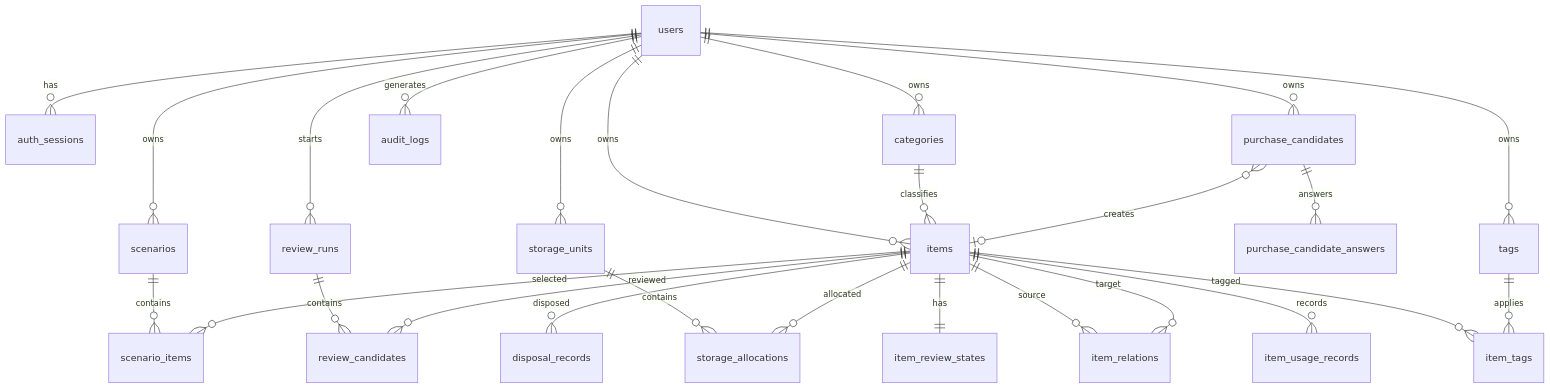
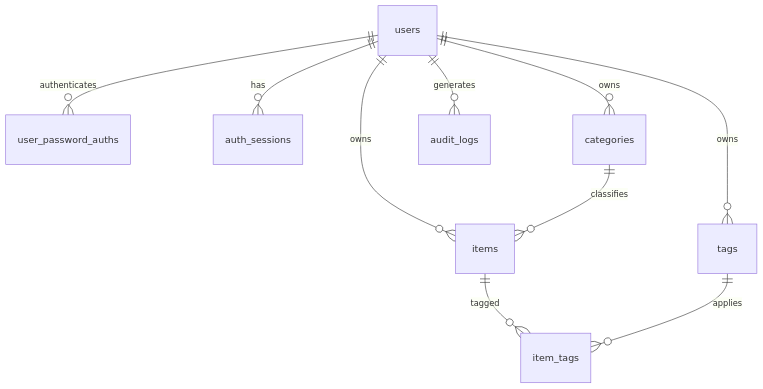
Before and after one commit to yasuhirotakemura/minimalist-app: the second of 2 diagrams in docs/design/detailed-design.md, drawn with Mermaid. The commit also changed other lines of this file and 150 other files, not shown here.

````diff
--- a/docs/design/detailed-design.md
+++ b/docs/design/detailed-design.md
@@ -1307,28 +1106,12 @@
 ```mermaid
 erDiagram
+    users ||--o{ user_password_auths : authenticates
     users ||--o{ auth_sessions : has
     users ||--o{ categories : owns
     users ||--o{ tags : owns
     users ||--o{ items : owns
     categories ||--o{ items : classifies
     items ||--o{ item_tags : tagged
     tags ||--o{ item_tags : applies
-    items ||--o{ item_usage_records : records
-    items ||--o{ item_relations : source
-    items ||--o{ item_relations : target
-    users ||--o{ storage_units : owns
-    storage_units ||--o{ storage_allocations : contains
-    items ||--o{ storage_allocations : allocated
-    items ||--|| item_review_states : has
-    users ||--o{ review_runs : starts
-    review_runs ||--o{ review_candidates : contains
-    items ||--o{ review_candidates : reviewed
-    users ||--o{ purchase_candidates : owns
-    purchase_candidates ||--o{ purchase_candidate_answers : answers
-    purchase_candidates }o--o| items : creates
-    items ||--o{ disposal_records : disposed
-    users ||--o{ scenarios : owns
-    scenarios ||--o{ scenario_items : contains
-    items ||--o{ scenario_items : selected
     users ||--o{ audit_logs : generates
 ```
````
